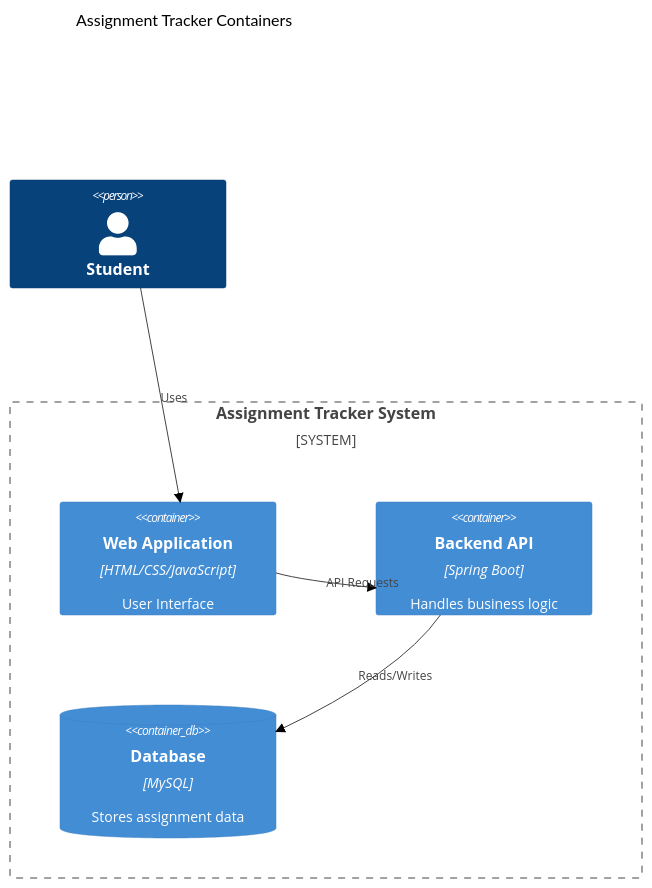
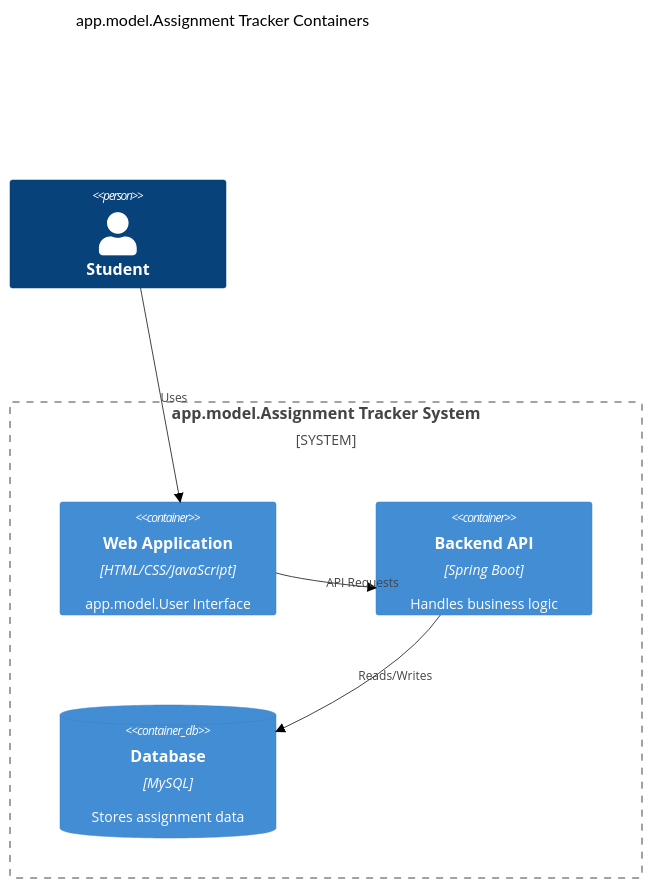
One commit to Leonard-CM/student-assignment-tracker changed the second of 3 diagrams in ARCHITECTURE.md. Above: the diagram before and after it, drawn with Mermaid (forest theme). The commit also changed other lines of this file and 79 other files, not shown here.

````diff
--- a/ARCHITECTURE.md
+++ b/ARCHITECTURE.md
@@ -37,20 +37,20 @@
 ```mermaid
 C4Container
-title Assignment Tracker Containers
+title app.model.Assignment Tracker Containers
 
 Person(student, "Student")
 
-System_Boundary(system, "Assignment Tracker System") {
+System_Boundary(system, "app.model.Assignment Tracker System") {
 
-Container(web, "Web Application", "HTML/CSS/JavaScript", "User Interface")
+Container(web, "Web Application", "HTML/CSS/JavaScript", "app.model.User Interface")
 
 Container(api, "Backend API", "Spring Boot", "Handles business logic")
 
 ContainerDb(db, "Database", "MySQL", "Stores assignment data")
 
 }
 
 Rel(student, web, "Uses")
 Rel(web, api, "API Requests")
 Rel(api, db, "Reads/Writes")
 ```
````
